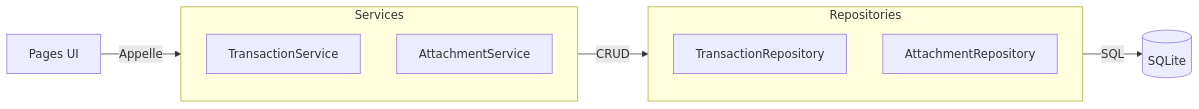
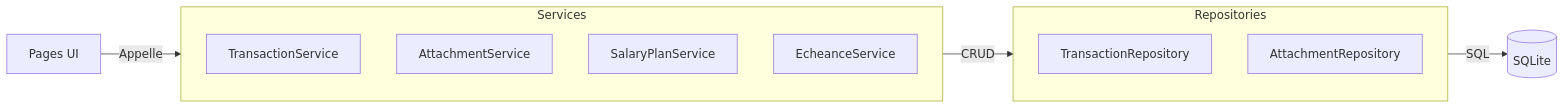
The diagram in backend/domains/transactions/services/README.md (mdjabi2005-commits/gestio-feature), drawn with Mermaid before and after one commit. The commit also changed other lines of this file and 4 other files, not shown here.

Commit message:
docs: update backend READMEs and LOGIC_FLOWs - fix salary plan endpoint paths in budgets/ocr LOGIC_FLOW - add echeance_service reference in transactions README - add salary_plan_service and echeance_service in services README

````diff
--- a/backend/domains/transactions/services/README.md
+++ b/backend/domains/transactions/services/README.md
@@ -23,16 +24,18 @@
 ```mermaid
 graph LR
     Pages[Pages UI] -->|Appelle| Services
     Services -->|CRUD| Repositories
     Repositories -->|SQL| DB[(SQLite)]
 
     subgraph "Services"
         TxS[TransactionService]
         AttS[AttachmentService]
+        SPS[SalaryPlanService]
+        EcheS[EcheanceService]
     end
 
     subgraph "Repositories"
         TxR[TransactionRepository]
         AttR[AttachmentRepository]
     end
 ```
````
